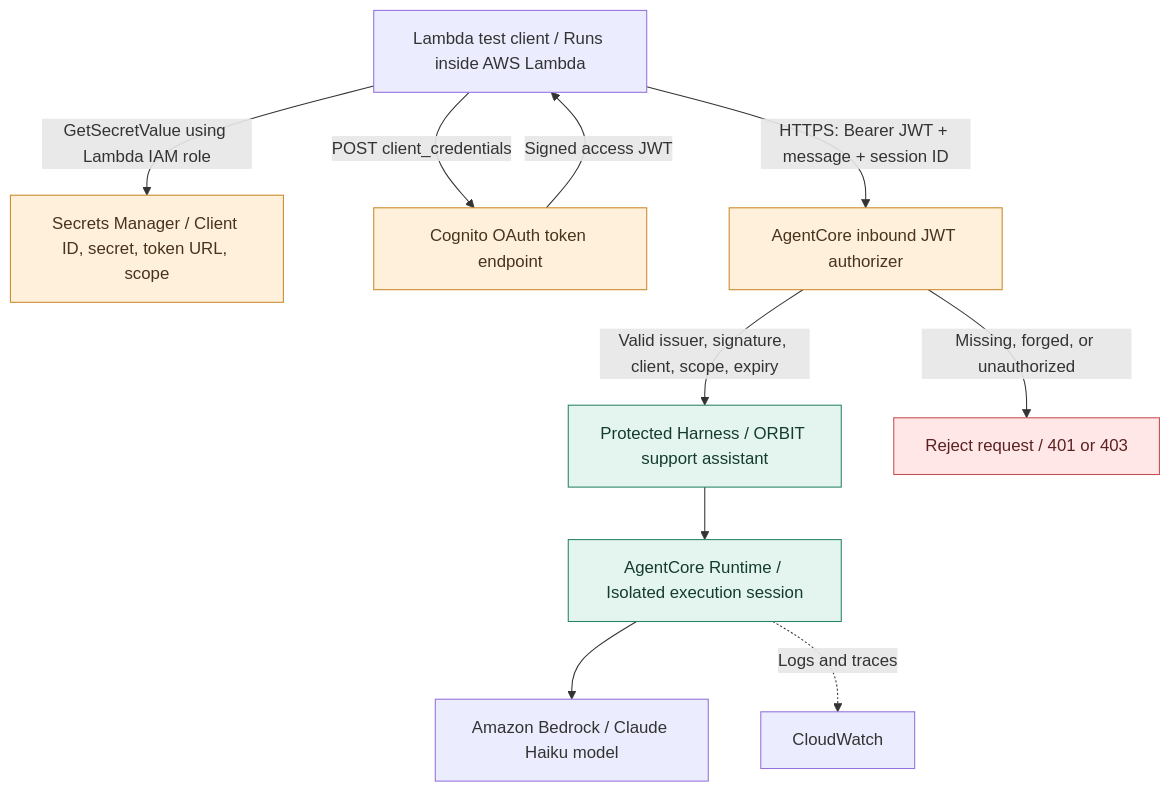
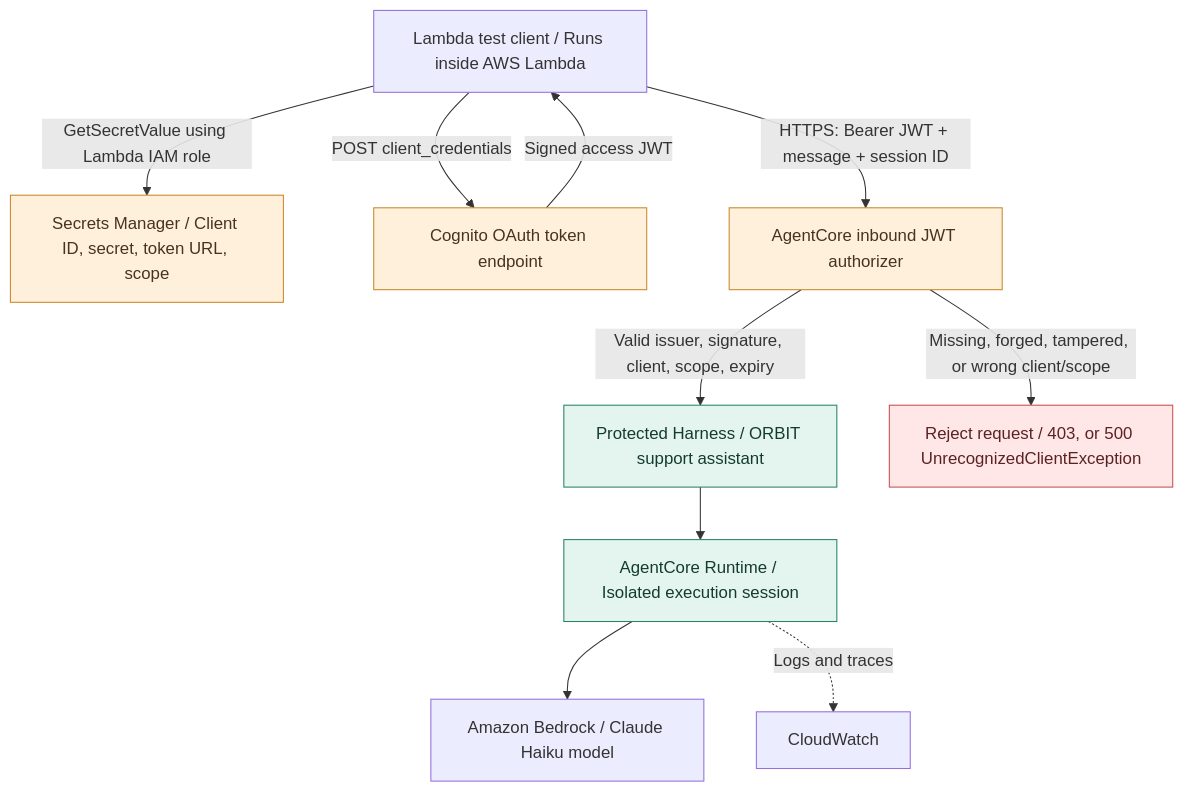
The first of 8 diagrams in companionguides/05-companion.md (varoonsahgal/orbit-field-academy-student-labs), drawn with Mermaid before and after one commit. The commit also changed other lines of this file and 11 other files, not shown here.

````diff
--- a/companionguides/05-companion.md
+++ b/companionguides/05-companion.md
@@ -28,18 +28,18 @@
 ```mermaid
 flowchart TB
     T[Lambda test client / Runs inside AWS Lambda] -->|GetSecretValue using Lambda IAM role| S[Secrets Manager / Client ID, secret, token URL, scope]
     T -->|POST client_credentials| C[Cognito OAuth token endpoint]
     C -->|Signed access JWT| T
     T -->|HTTPS: Bearer JWT + message + session ID| A[AgentCore inbound JWT authorizer]
     A -->|Valid issuer, signature, client, scope, expiry| H[Protected Harness / ORBIT support assistant]
-    A -->|Missing, forged, or unauthorized| R[Reject request / 401 or 403]
+    A -->|Missing, forged, tampered, or wrong client/scope| R[Reject request / 403, or 500 UnrecognizedClientException]
     H --> RT[AgentCore Runtime / Isolated execution session]
     RT --> M[Amazon Bedrock / Claude Haiku model]
     RT -. Logs and traces .-> CW[CloudWatch]
     classDef secure fill:#e4f5ef,stroke:#268362,color:#143b30
     classDef identity fill:#fff0dc,stroke:#c98827,color:#48331d
     classDef blocked fill:#ffe7e7,stroke:#c74e4e,color:#5b2222
     class C,S,A identity
     class H,RT secure
     class R blocked
 ```
````
